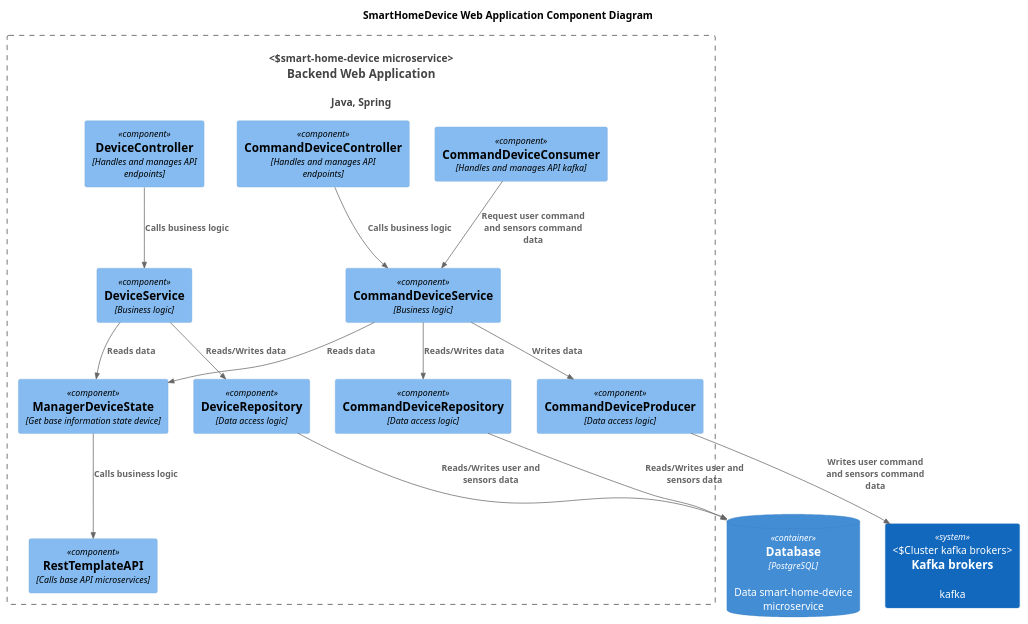
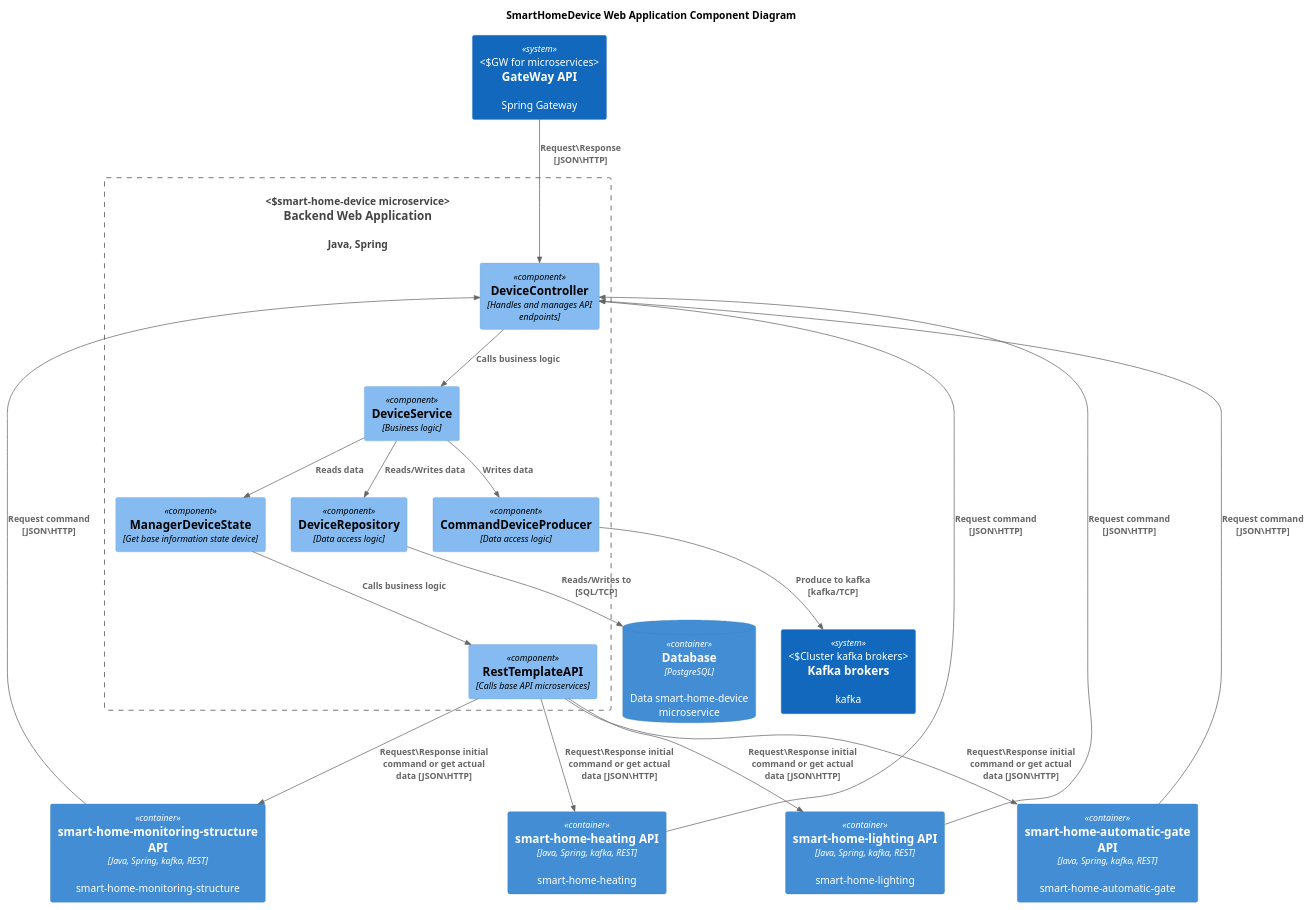
Before and after one commit to pululun/pululun-architecture-sprint-3: the diagram in microservices/diagrams/component/Smart-home-device_Component.puml, drawn with PlantUML. The commit also changed 8 other files, not shown here.

```diff
--- a/microservices/diagrams/component/Smart-home-device_Component.puml
+++ b/microservices/diagrams/component/Smart-home-device_Component.puml
@@ -1,37 +1,42 @@
 @startuml
 title SmartHomeDevice Web Application Component Diagram
 
 top to bottom direction
 
 !include ../basic/C4_Component.puml
 
 System(WebApp, "Backend Web Application", "Java, Spring", "smart-home-device microservice")
 ContainerDb(Database, "Database", "PostgreSQL", "Data smart-home-device microservice")
+System(gw, "GateWay API", "Spring Gateway", "GW for microservices")
 System(Kafka, "Kafka brokers", "kafka", "Cluster kafka brokers")
+Container(SmartHomeHeating, "smart-home-heating API", "Java, Spring, kafka, REST", "smart-home-heating")
+Container(SmartHomeAutomaticGate, "smart-home-automatic-gate API", "Java, Spring, kafka, REST", "smart-home-automatic-gate")
+Container(SmartHomeMonitoringStructure, "smart-home-monitoring-structure API", "Java, Spring, kafka, REST", "smart-home-monitoring-structure")
+Container(SmartHomeLighting, "smart-home-lighting API", "Java, Spring, kafka, REST", "smart-home-lighting")
 
 Container_Boundary(WebApp, "Backend Web Application") {
   Component(DeviceController, "DeviceController", "Handles and manages API endpoints")
   Component(DeviceService, "DeviceService", "Business logic")
   Component(DeviceRepository, "DeviceRepository", "Data access logic")
-  Component(CommandDeviceController, "CommandDeviceController", "Handles and manages API endpoints")
-  Component(CommandDeviceConsumer, "CommandDeviceConsumer", "Handles and manages API kafka")
-  Component(CommandDeviceService, "CommandDeviceService", "Business logic")
-  Component(CommandDeviceRepository, "CommandDeviceRepository", "Data access logic")
   Component(CommandDeviceProducer, "CommandDeviceProducer", "Data access logic")
   Component(ManagerDeviceState, "ManagerDeviceState", "Get base information state device")
   Component(RestTemplateAPI, "RestTemplateAPI", "Calls base API microservices")
 }
 
 Rel(DeviceController,DeviceService,"Calls business logic")
 Rel(ManagerDeviceState,RestTemplateAPI,"Calls business logic")
 Rel(DeviceService,DeviceRepository,"Reads/Writes data")
-Rel(CommandDeviceService,ManagerDeviceState,"Reads data")
-Rel(DeviceRepository,Database,"Reads/Writes user and sensors data")
-Rel(CommandDeviceController,CommandDeviceService,"Calls business logic")
-Rel(CommandDeviceConsumer,CommandDeviceService,"Request user command and sensors command data")
-Rel(CommandDeviceService,CommandDeviceRepository,"Reads/Writes data")
-Rel(CommandDeviceService,CommandDeviceProducer,"Writes data")
-Rel(CommandDeviceRepository,Database,"Reads/Writes user and sensors data")
-Rel(CommandDeviceProducer,Kafka,"Writes user command and sensors command data")
+Rel(DeviceRepository,Database,"Reads/Writes to [SQL/TCP]")
+Rel(DeviceService,CommandDeviceProducer,"Writes data")
+Rel(CommandDeviceProducer,Kafka,"Produce to kafka [kafka/TCP]")
 Rel(DeviceService,ManagerDeviceState,"Reads data")
+Rel(gw,DeviceController,"Request\Response [JSON\HTTP]")
+Rel(SmartHomeHeating,DeviceController,"Request command [JSON\HTTP]")
+Rel(SmartHomeAutomaticGate,DeviceController,"Request command [JSON\HTTP]")
+Rel(SmartHomeMonitoringStructure,DeviceController,"Request command [JSON\HTTP]")
+Rel(SmartHomeLighting,DeviceController,"Request command [JSON\HTTP]")
+Rel(RestTemplateAPI,SmartHomeHeating,"Request\Response initial command or get actual data [JSON\HTTP]")
+Rel(RestTemplateAPI,SmartHomeAutomaticGate,"Request\Response initial command or get actual data [JSON\HTTP]")
+Rel(RestTemplateAPI,SmartHomeMonitoringStructure,"Request\Response initial command or get actual data [JSON\HTTP]")
+Rel(RestTemplateAPI,SmartHomeLighting,"Request\Response initial command or get actual data [JSON\HTTP]")
 @enduml
```
